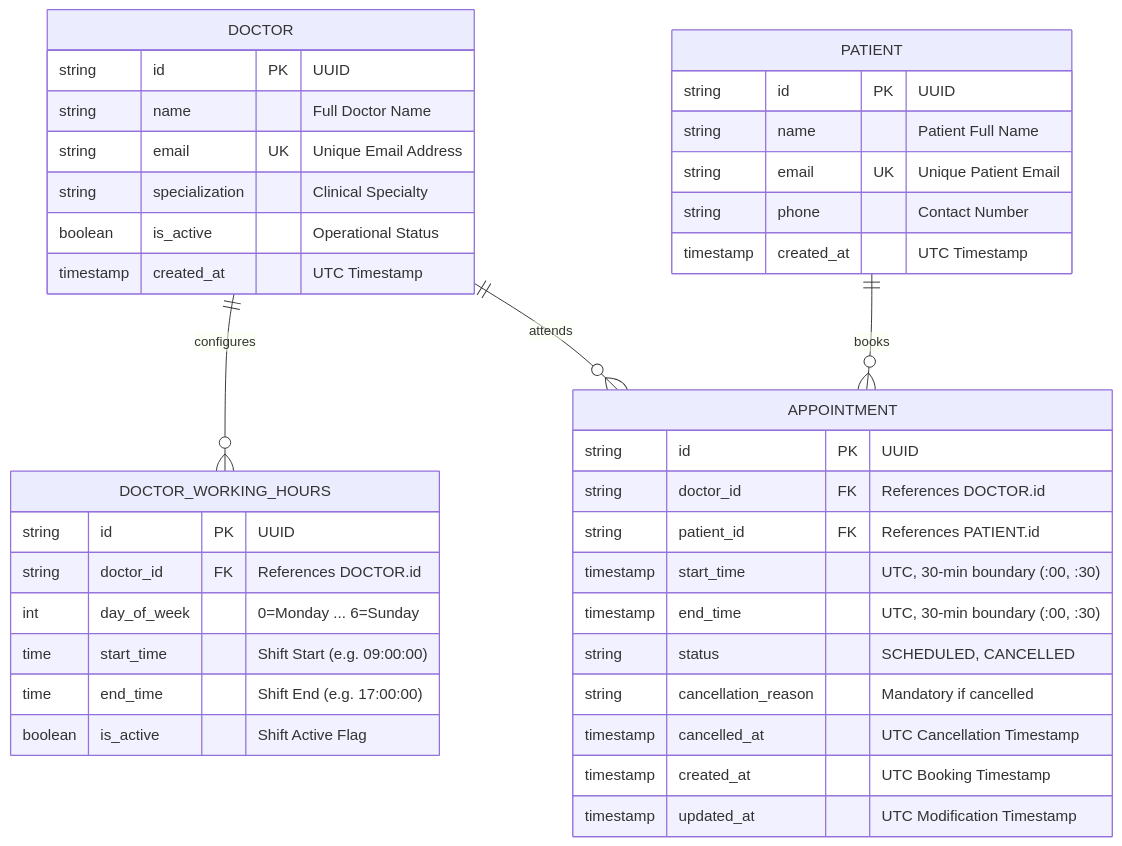
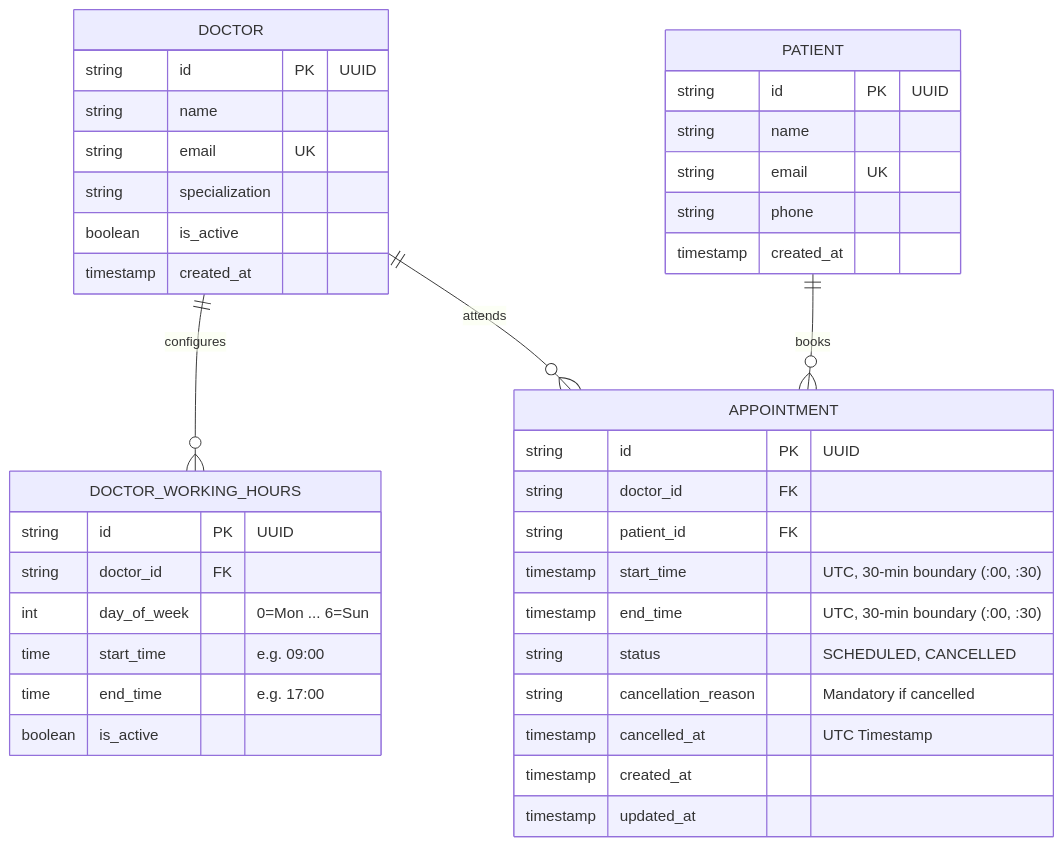
Before and after one commit to GeraldWambui/savannah-clinic-booking-api: the first of 2 diagrams in README.md, drawn with Mermaid. The commit also changed other lines of this file and 6 other files, not shown here.

````diff
--- a/README.md
+++ b/README.md
@@ -86,45 +51,45 @@
 ```mermaid
 erDiagram
     DOCTOR ||--o{ DOCTOR_WORKING_HOURS : "configures"
     DOCTOR ||--o{ APPOINTMENT : "attends"
     PATIENT ||--o{ APPOINTMENT : "books"
 
     DOCTOR {
         string id PK "UUID"
-        string name "Full Doctor Name"
-        string email UK "Unique Email Address"
-        string specialization "Clinical Specialty"
-        boolean is_active "Operational Status"
-        timestamp created_at "UTC Timestamp"
+        string name
+        string email UK
+        string specialization
+        boolean is_active
+        timestamp created_at
     }
 
     DOCTOR_WORKING_HOURS {
         string id PK "UUID"
-        string doctor_id FK "References DOCTOR.id"
-        int day_of_week "0=Monday ... 6=Sunday"
-        time start_time "Shift Start (e.g. 09:00:00)"
-        time end_time "Shift End (e.g. 17:00:00)"
-        boolean is_active "Shift Active Flag"
+        string doctor_id FK
+        int day_of_week "0=Mon ... 6=Sun"
+        time start_time "e.g. 09:00"
+        time end_time "e.g. 17:00"
+        boolean is_active
     }
 
     PATIENT {
         string id PK "UUID"
-        string name "Patient Full Name"
-        string email UK "Unique Patient Email"
-        string phone "Contact Number"
-        timestamp created_at "UTC Timestamp"
+        string name
+        string email UK
+        string phone
+        timestamp created_at
     }
 
     APPOINTMENT {
         string id PK "UUID"
-        string doctor_id FK "References DOCTOR.id"
-        string patient_id FK "References PATIENT.id"
+        string doctor_id FK
+        string patient_id FK
         timestamp start_time "UTC, 30-min boundary (:00, :30)"
         timestamp end_time "UTC, 30-min boundary (:00, :30)"
         string status "SCHEDULED, CANCELLED"
         string cancellation_reason "Mandatory if cancelled"
-        timestamp cancelled_at "UTC Cancellation Timestamp"
-        timestamp created_at "UTC Booking Timestamp"
-        timestamp updated_at "UTC Modification Timestamp"
+        timestamp cancelled_at "UTC Timestamp"
+        timestamp created_at
+        timestamp updated_at
     }
 ```
````
